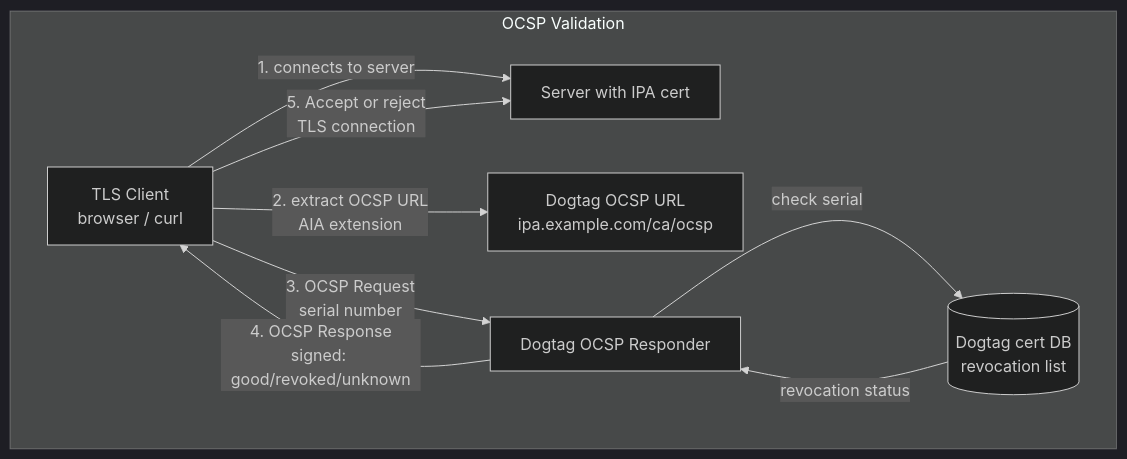
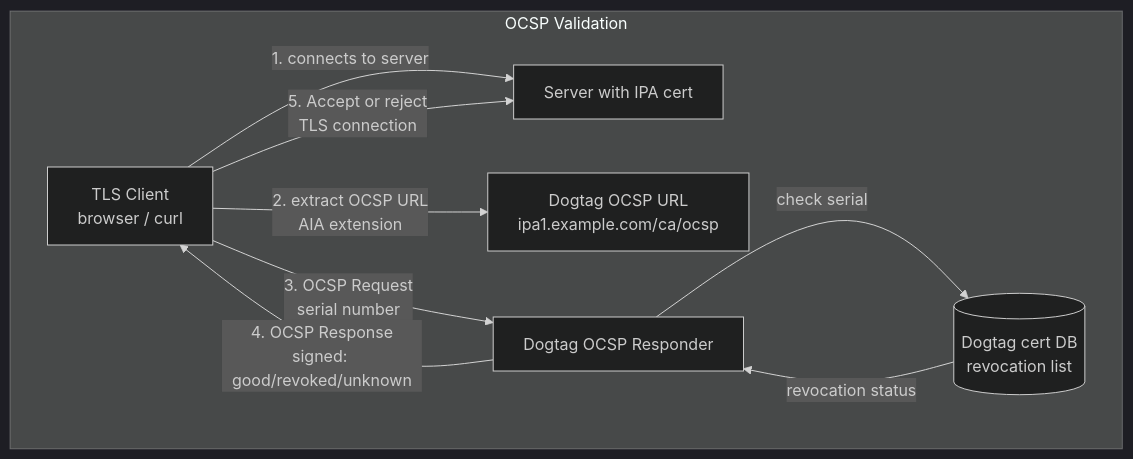
One commit to UncleJS/course_FreeIPA changed the fifth of 8 diagrams in 10_certificate_management_advanced.md. Above: the diagram before and after it, drawn with Mermaid (dark theme). The commit also changed other lines of this file and 22 other files, not shown here.

````diff
--- a/10_certificate_management_advanced.md
+++ b/10_certificate_management_advanced.md
@@ -423,12 +423,12 @@
 ```mermaid
 graph TD
     subgraph "OCSP Validation"
         CLIENT["TLS Client\nbrowser / curl"] -->|"1. connects to server"| SERVER["Server with IPA cert"]
-        CLIENT -->|"2. extract OCSP URL\nAIA extension"| OCSP_URL["Dogtag OCSP URL\nipa.example.com/ca/ocsp"]
+        CLIENT -->|"2. extract OCSP URL\nAIA extension"| OCSP_URL["Dogtag OCSP URL\nipa1.example.com/ca/ocsp"]
         CLIENT -->|"3. OCSP Request\nserial number"| OCSP["Dogtag OCSP Responder"]
         OCSP -->|"check serial"| DB[("Dogtag cert DB\nrevocation list")]
         DB -->|"revocation status"| OCSP
         OCSP -->|"4. OCSP Response\nsigned: good/revoked/unknown"| CLIENT
         CLIENT -->|"5. Accept or reject\nTLS connection"| SERVER
     end
 ```
````
